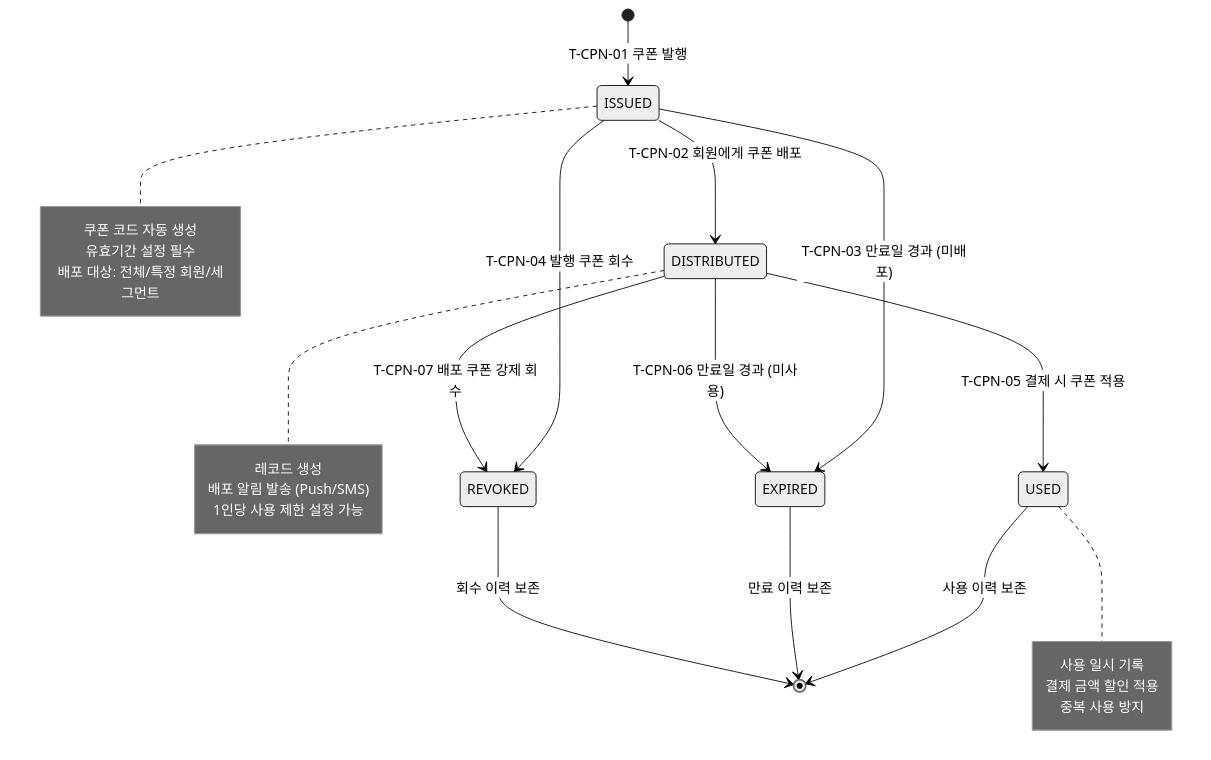
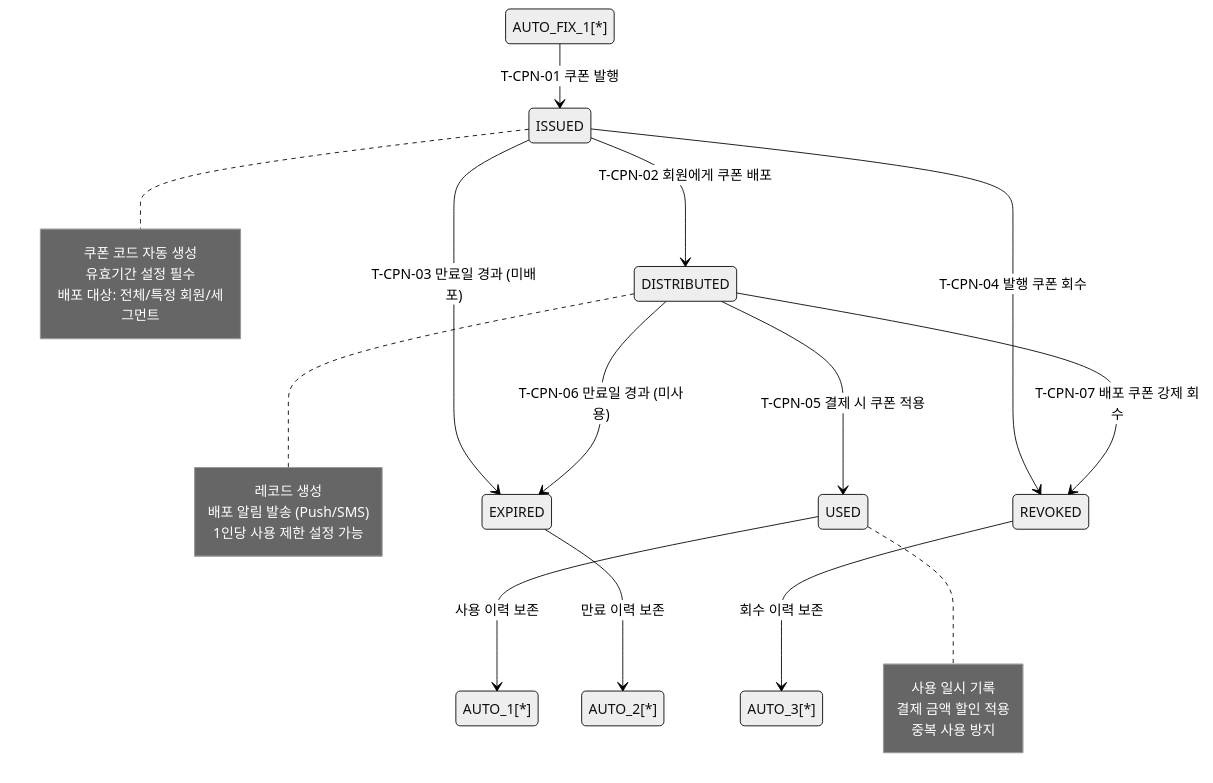
One commit to dev-spogym/admin-pando changed the diagram in docs/admin/다이어그램/20_상태전이도/20-10_CouponStatus.md. Above: the diagram before and after it, drawn with Mermaid (neutral theme). The commit also changed 369 other files, not shown here.

````diff
--- a/docs/admin/다이어그램/20_상태전이도/20-10_CouponStatus.md
+++ b/docs/admin/다이어그램/20_상태전이도/20-10_CouponStatus.md
@@ -32,34 +32,34 @@
 ```mermaid
 stateDiagram-v2
-    [*] --> ISSUED : T-CPN-01 쿠폰 발행
+    AUTO_FIX_1[*] --> ISSUED : T-CPN-01 쿠폰 발행
 
     ISSUED --> DISTRIBUTED : T-CPN-02 회원에게 쿠폰 배포
     ISSUED --> EXPIRED : T-CPN-03 만료일 경과 (미배포)
     ISSUED --> REVOKED : T-CPN-04 발행 쿠폰 회수
 
     DISTRIBUTED --> USED : T-CPN-05 결제 시 쿠폰 적용
     DISTRIBUTED --> EXPIRED : T-CPN-06 만료일 경과 (미사용)
     DISTRIBUTED --> REVOKED : T-CPN-07 배포 쿠폰 강제 회수
 
-    USED --> [*] : 사용 이력 보존
-    EXPIRED --> [*] : 만료 이력 보존
-    REVOKED --> [*] : 회수 이력 보존
+    USED --> AUTO_1[*] : 사용 이력 보존
+    EXPIRED --> AUTO_2[*] : 만료 이력 보존
+    REVOKED --> AUTO_3[*] : 회수 이력 보존
 
     note right of ISSUED
         쿠폰 코드 자동 생성
         유효기간 설정 필수
         배포 대상: 전체/특정 회원/세그먼트
     end note
 
     note right of DISTRIBUTED
          레코드 생성
         배포 알림 발송 (Push/SMS)
         1인당 사용 제한 설정 가능
     end note
 
     note right of USED
         사용 일시 기록
         결제 금액 할인 적용
         중복 사용 방지
     end note
 ```
````
